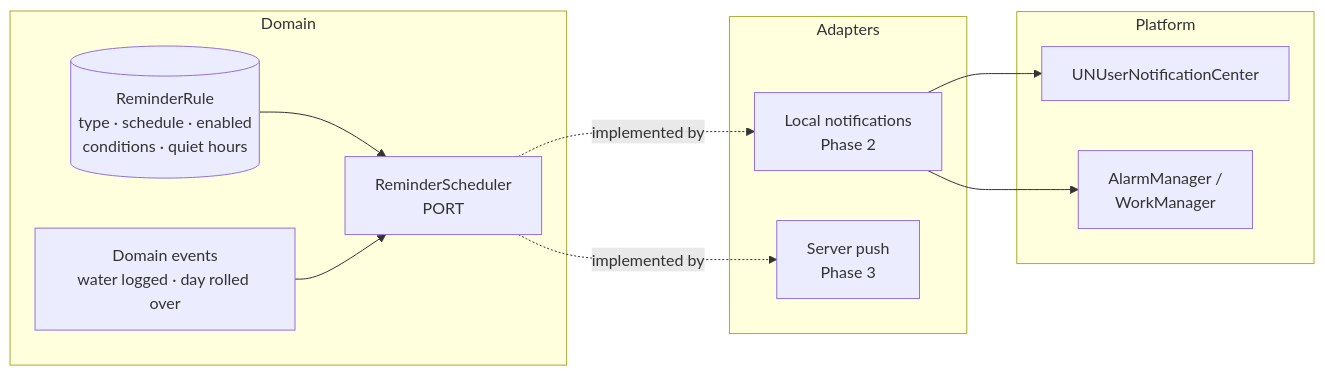
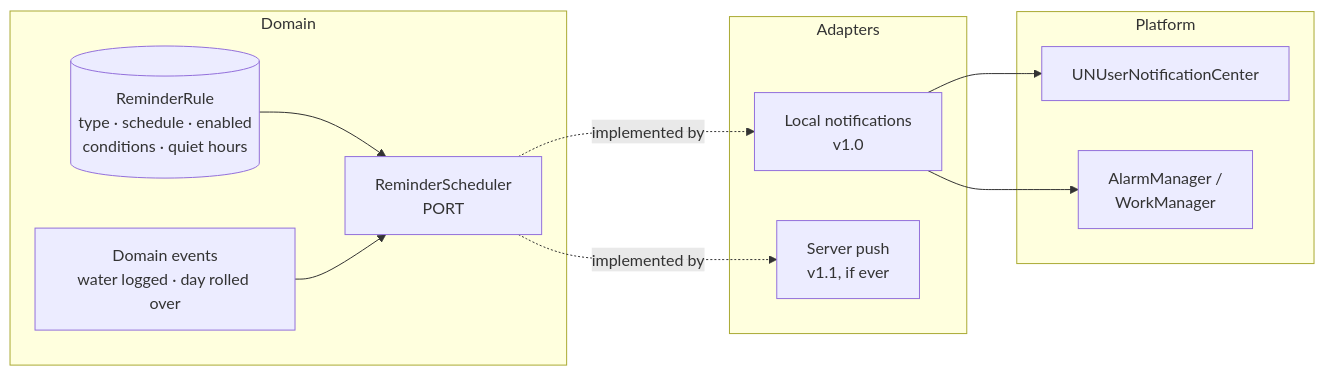
The second of 2 diagrams in docs/architecture/08-ux.md (patel-keyur-18/nourishly), drawn with Mermaid before and after one commit. The commit also changed other lines of this file and 12 other files, not shown here.

First line of the commit message:
docs(architecture): revise to v0.2 for review decisions

````diff
--- a/docs/architecture/08-ux.md
+++ b/docs/architecture/08-ux.md
@@ -351,21 +351,21 @@
 ```mermaid
 graph LR
     subgraph Domain
         RR[("ReminderRule<br/>type · schedule · enabled<br/>conditions · quiet hours")]
         RS["ReminderScheduler<br/>PORT"]
         EV["Domain events<br/>water logged · day rolled over"]
     end
     subgraph Adapters
-        LOCAL["Local notifications<br/>Phase 2"]
-        PUSH["Server push<br/>Phase 3"]
+        LOCAL["Local notifications<br/>v1.0"]
+        PUSH["Server push<br/>v1.1, if ever"]
     end
     subgraph Platform
         IOS["UNUserNotificationCenter"]
         AND["AlarmManager /<br/>WorkManager"]
     end
     RR --> RS
     EV --> RS
     RS -.implemented by.-> LOCAL
     RS -.implemented by.-> PUSH
     LOCAL --> IOS & AND
 ```
````
